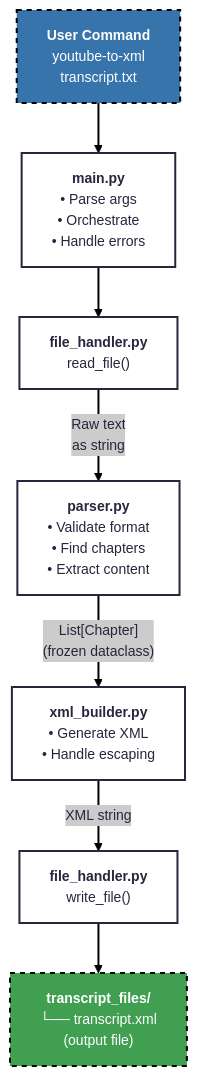
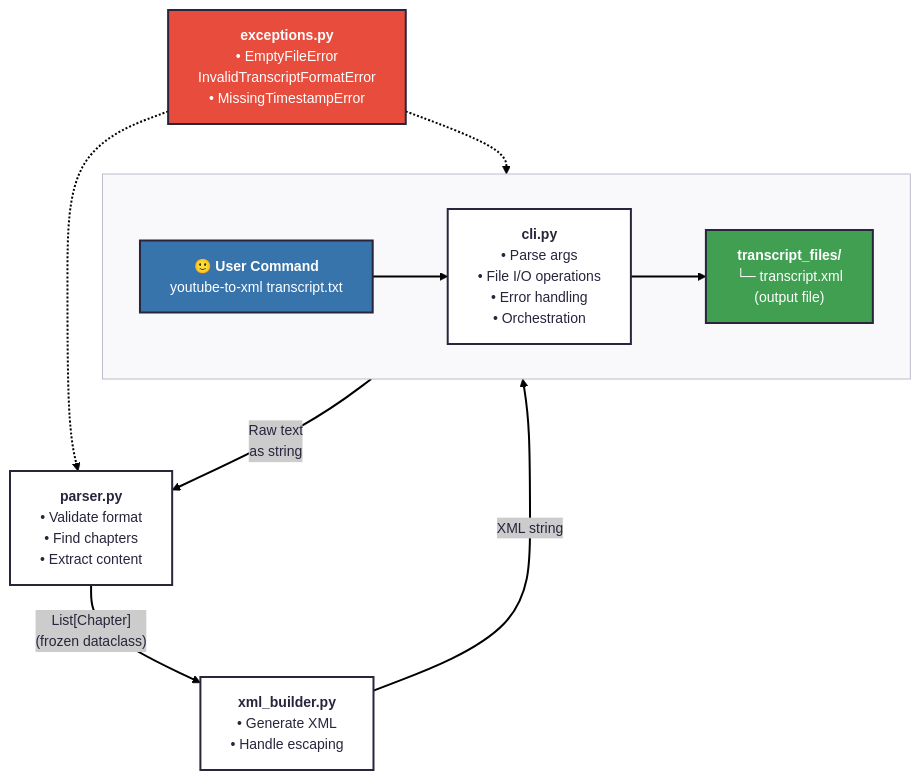
One commit to michellepace/youtube-to-xml changed the diagram in docs/SPEC.md. Above: the diagram before and after it, drawn with Mermaid. The commit also changed other lines of this file and 10 other files, not shown here.

First line of the commit message:
feature: implement CLI with custom exception handling

````diff
--- a/docs/SPEC.md
+++ b/docs/SPEC.md
@@ -29,37 +29,49 @@
 ```mermaid
 ---
 config:
   theme: redux
 ---
 flowchart TD
-    CLI["`**User Command**
-    youtube-to-xml
-    transcript.txt`"]
-    MAIN["`**main.py**
-    • Parse args
-    • Orchestrate
-    • Handle errors`"]
-    FILEREAD["`**file_handler.py**
-    read_file()`"]
+    subgraph TOP[" "]
+        direction LR
+        
+        CLI["`**🙂 User Command**
+        youtube-to-xml transcript.txt`"]
+
+        CLIMOD["`**cli.py**
+        • Parse args
+        • File I/O operations
+        • Error handling
+        • Orchestration`"]
+
+        OUTPUT["`**transcript_files/**
+        └─ transcript.xml<br>(output file)`"]
+
+        CLI --> CLIMOD
+        CLIMOD --> OUTPUT
+    end
+    
+    EXCEPTIONS["`**exceptions.py**
+    • EmptyFileError
+    InvalidTranscriptFormatError
+    • MissingTimestampError`"]
+    
     PARSER["`**parser.py**
     • Validate format
     • Find chapters
     • Extract content`"]
+    
     XMLBUILDER["`**xml_builder.py**
     • Generate XML
     • Handle escaping`"]
-    FILEWRITE["`**file_handler.py**
-    write_file()`"]
-    OUTPUT["`**transcript_files/**
-    └── transcript.xml
-    (output file)`"]
-    CLI --> MAIN
-    MAIN --> FILEREAD
-    FILEREAD --> |Raw text<br>as string| PARSER
+    
+    CLIMOD --> |Raw text<br>as string| PARSER
     PARSER --> |"List[Chapter]<br>(frozen dataclass)"| XMLBUILDER
-    XMLBUILDER --> |XML string| FILEWRITE
-    FILEWRITE --> OUTPUT
-
-    style CLI color:#fff,fill:#3874ac,stroke:#000,stroke-dasharray: 5 5
-    style OUTPUT color:#fff,fill:#419f52,stroke:#000,stroke-dasharray: 5 5
+    XMLBUILDER --> |XML string| CLIMOD
+    EXCEPTIONS -.-> PARSER
+    EXCEPTIONS -.-> CLIMOD
+    
+    style CLI color:#fff,fill:#3874ac
+    style OUTPUT color:#fff,fill:#419f52
+    style EXCEPTIONS color:#fff,fill:#e74c3c
 ```
````
